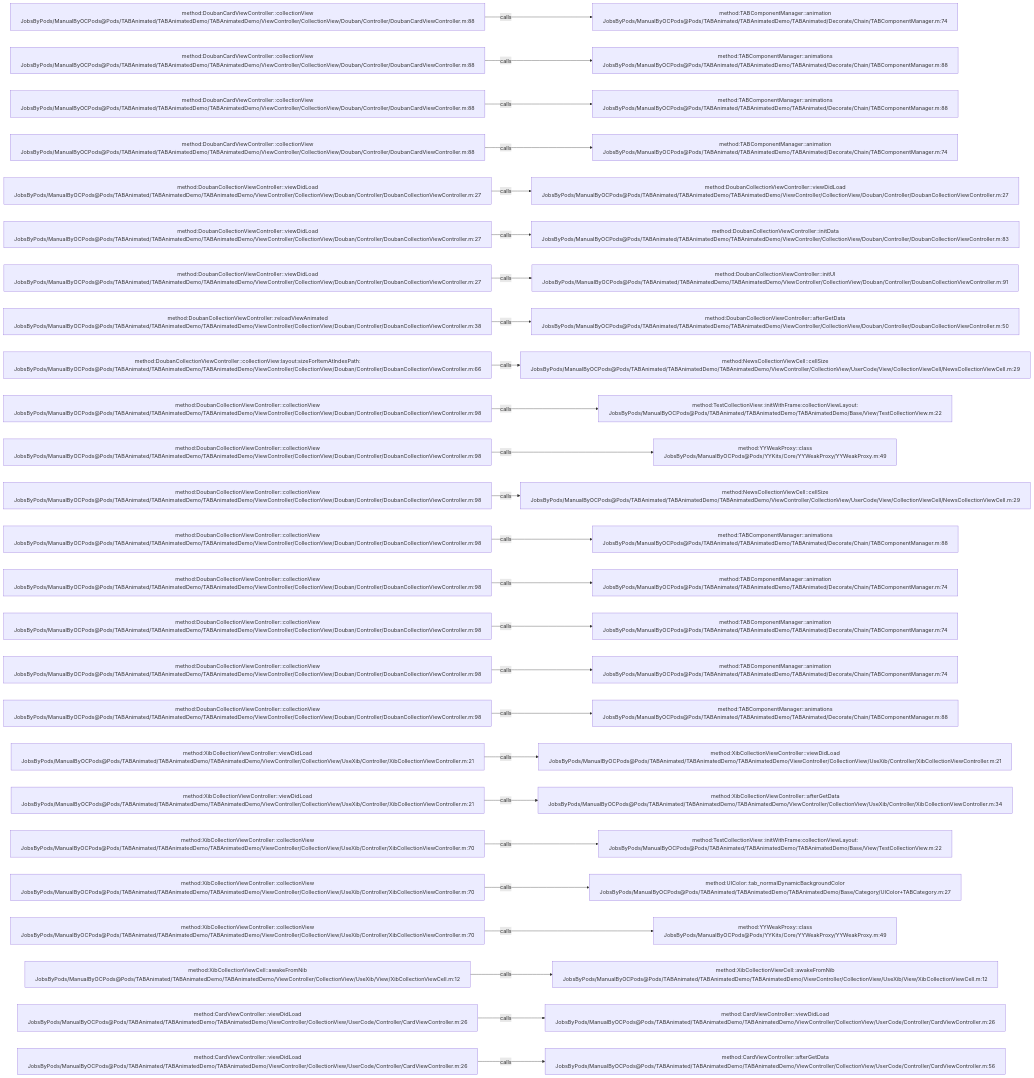
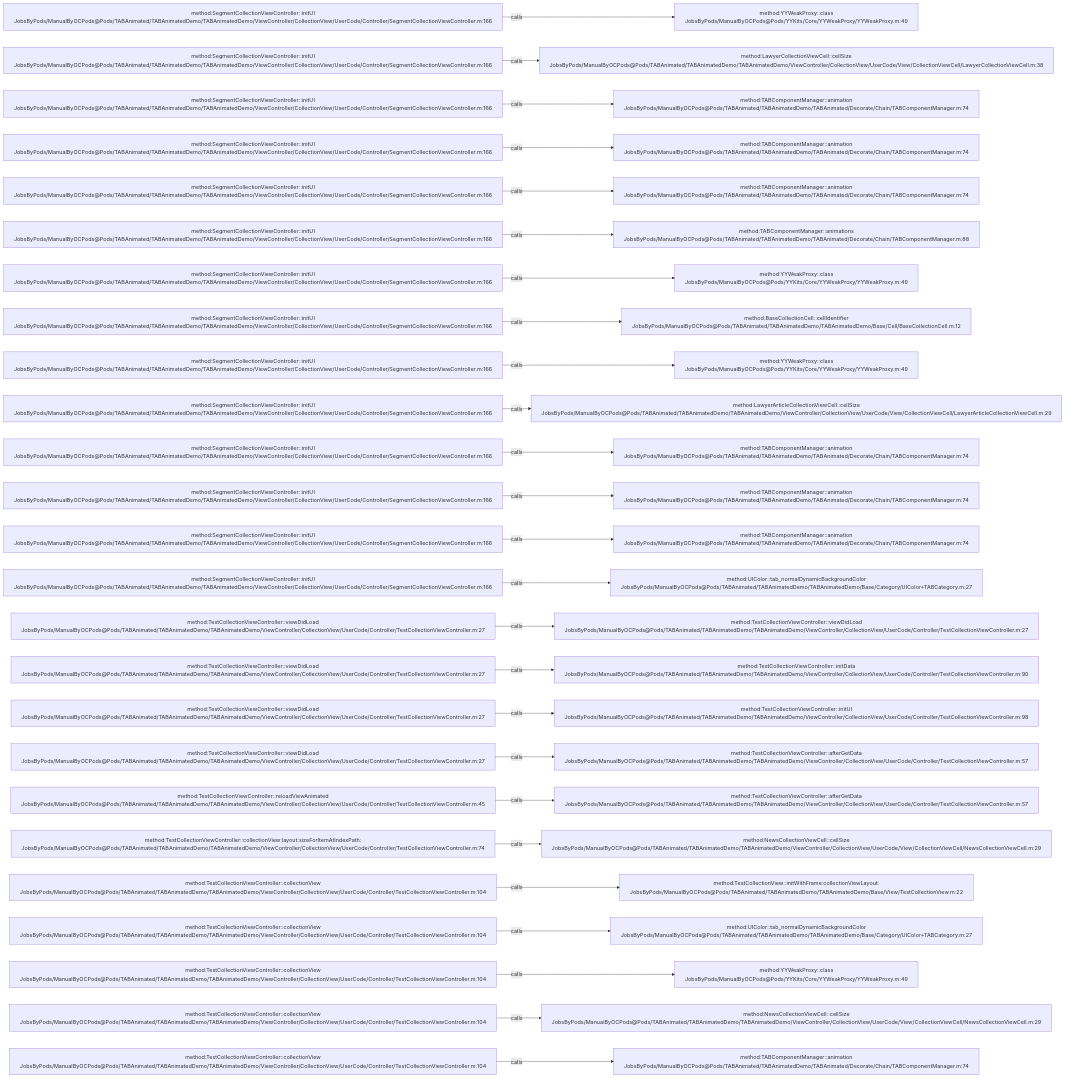
The diagram in .codegraph/codegraph.md/graphs/calls-050.md (JobsKits/JobsOCBaseConfigDemo), drawn with Mermaid before and after one commit. The commit also changed 1353 other files, not shown here.

````diff
--- a/.codegraph/codegraph.md/graphs/calls-050.md
+++ b/.codegraph/codegraph.md/graphs/calls-050.md
@@ -13,78 +13,78 @@
 ```mermaid
 flowchart LR
-  S1["method:DoubanCardViewController::collectionView<br/>JobsByPods/ManualByOCPods@Pods/TABAnimated/TABAnimatedDemo/TABAnimatedDemo/ViewController/CollectionView/Douban/Controller/DoubanCardViewController.m:88"]
-  T1["method:TABComponentManager::animation<br/>JobsByPods/ManualByOCPods@Pods/TABAnimated/TABAnimatedDemo/TABAnimated/Decorate/Chain/TABComponentManager.m:74"]
+  S1["method:SegmentCollectionViewController::initUI<br/>JobsByPods/ManualByOCPods@Pods/TABAnimated/TABAnimatedDemo/TABAnimatedDemo/ViewController/CollectionView/UserCode/Controller/SegmentCollectionViewController.m:166"]
+  T1["method:YYWeakProxy::class<br/>JobsByPods/ManualByOCPods@Pods/YYKits/Core/YYWeakProxy/YYWeakProxy.m:49"]
   S1 -->|calls| T1
-  S2["method:DoubanCardViewController::collectionView<br/>JobsByPods/ManualByOCPods@Pods/TABAnimated/TABAnimatedDemo/TABAnimatedDemo/ViewController/CollectionView/Douban/Controller/DoubanCardViewController.m:88"]
-  T2["method:TABComponentManager::animations<br/>JobsByPods/ManualByOCPods@Pods/TABAnimated/TABAnimatedDemo/TABAnimated/Decorate/Chain/TABComponentManager.m:88"]
+  S2["method:SegmentCollectionViewController::initUI<br/>JobsByPods/ManualByOCPods@Pods/TABAnimated/TABAnimatedDemo/TABAnimatedDemo/ViewController/CollectionView/UserCode/Controller/SegmentCollectionViewController.m:166"]
+  T2["method:LawyerCollectionViewCell::cellSize<br/>JobsByPods/ManualByOCPods@Pods/TABAnimated/TABAnimatedDemo/TABAnimatedDemo/ViewController/CollectionView/UserCode/View/CollectionViewCell/LawyerCollectionViewCell.m:38"]
   S2 -->|calls| T2
-  S3["method:DoubanCardViewController::collectionView<br/>JobsByPods/ManualByOCPods@Pods/TABAnimated/TABAnimatedDemo/TABAnimatedDemo/ViewController/CollectionView/Douban/Controller/DoubanCardViewController.m:88"]
-  T3["method:TABComponentManager::animations<br/>JobsByPods/ManualByOCPods@Pods/TABAnimated/TABAnimatedDemo/TABAnimated/Decorate/Chain/TABComponentManager.m:88"]
+  S3["method:SegmentCollectionViewController::initUI<br/>JobsByPods/ManualByOCPods@Pods/TABAnimated/TABAnimatedDemo/TABAnimatedDemo/ViewController/CollectionView/UserCode/Controller/SegmentCollectionViewController.m:166"]
+  T3["method:TABComponentManager::animation<br/>JobsByPods/ManualByOCPods@Pods/TABAnimated/TABAnimatedDemo/TABAnimated/Decorate/Chain/TABComponentManager.m:74"]
   S3 -->|calls| T3
-  S4["method:DoubanCardViewController::collectionView<br/>JobsByPods/ManualByOCPods@Pods/TABAnimated/TABAnimatedDemo/TABAnimatedDemo/ViewController/CollectionView/Douban/Controller/DoubanCardViewController.m:88"]
+  S4["method:SegmentCollectionViewController::initUI<br/>JobsByPods/ManualByOCPods@Pods/TABAnimated/TABAnimatedDemo/TABAnimatedDemo/ViewController/CollectionView/UserCode/Controller/SegmentCollectionViewController.m:166"]
   T4["method:TABComponentManager::animation<br/>JobsByPods/ManualByOCPods@Pods/TABAnimated/TABAnimatedDemo/TABAnimated/Decorate/Chain/TABComponentManager.m:74"]
   S4 -->|calls| T4
-  S5["method:DoubanCollectionViewController::viewDidLoad<br/>JobsByPods/ManualByOCPods@Pods/TABAnimated/TABAnimatedDemo/TABAnimatedDemo/ViewController/CollectionView/Douban/Controller/DoubanCollectionViewController.m:27"]
-  T5["method:DoubanCollectionViewController::viewDidLoad<br/>JobsByPods/ManualByOCPods@Pods/TABAnimated/TABAnimatedDemo/TABAnimatedDemo/ViewController/CollectionView/Douban/Controller/DoubanCollectionViewController.m:27"]
+  S5["method:SegmentCollectionViewController::initUI<br/>JobsByPods/ManualByOCPods@Pods/TABAnimated/TABAnimatedDemo/TABAnimatedDemo/ViewController/CollectionView/UserCode/Controller/SegmentCollectionViewController.m:166"]
+  T5["method:TABComponentManager::animation<br/>JobsByPods/ManualByOCPods@Pods/TABAnimated/TABAnimatedDemo/TABAnimated/Decorate/Chain/TABComponentManager.m:74"]
   S5 -->|calls| T5
-  S6["method:DoubanCollectionViewController::viewDidLoad<br/>JobsByPods/ManualByOCPods@Pods/TABAnimated/TABAnimatedDemo/TABAnimatedDemo/ViewController/CollectionView/Douban/Controller/DoubanCollectionViewController.m:27"]
-  T6["method:DoubanCollectionViewController::initData<br/>JobsByPods/ManualByOCPods@Pods/TABAnimated/TABAnimatedDemo/TABAnimatedDemo/ViewController/CollectionView/Douban/Controller/DoubanCollectionViewController.m:83"]
+  S6["method:SegmentCollectionViewController::initUI<br/>JobsByPods/ManualByOCPods@Pods/TABAnimated/TABAnimatedDemo/TABAnimatedDemo/ViewController/CollectionView/UserCode/Controller/SegmentCollectionViewController.m:166"]
+  T6["method:TABComponentManager::animations<br/>JobsByPods/ManualByOCPods@Pods/TABAnimated/TABAnimatedDemo/TABAnimated/Decorate/Chain/TABComponentManager.m:88"]
   S6 -->|calls| T6
-  S7["method:DoubanCollectionViewController::viewDidLoad<br/>JobsByPods/ManualByOCPods@Pods/TABAnimated/TABAnimatedDemo/TABAnimatedDemo/ViewController/CollectionView/Douban/Controller/DoubanCollectionViewController.m:27"]
-  T7["method:DoubanCollectionViewController::initUI<br/>JobsByPods/ManualByOCPods@Pods/TABAnimated/TABAnimatedDemo/TABAnimatedDemo/ViewController/CollectionView/Douban/Controller/DoubanCollectionViewController.m:91"]
+  S7["method:SegmentCollectionViewController::initUI<br/>JobsByPods/ManualByOCPods@Pods/TABAnimated/TABAnimatedDemo/TABAnimatedDemo/ViewController/CollectionView/UserCode/Controller/SegmentCollectionViewController.m:166"]
+  T7["method:YYWeakProxy::class<br/>JobsByPods/ManualByOCPods@Pods/YYKits/Core/YYWeakProxy/YYWeakProxy.m:49"]
   S7 -->|calls| T7
-  S8["method:DoubanCollectionViewController::reloadViewAnimated<br/>JobsByPods/ManualByOCPods@Pods/TABAnimated/TABAnimatedDemo/TABAnimatedDemo/ViewController/CollectionView/Douban/Controller/DoubanCollectionViewController.m:38"]
-  T8["method:DoubanCollectionViewController::afterGetData<br/>JobsByPods/ManualByOCPods@Pods/TABAnimated/TABAnimatedDemo/TABAnimatedDemo/ViewController/CollectionView/Douban/Controller/DoubanCollectionViewController.m:50"]
+  S8["method:SegmentCollectionViewController::initUI<br/>JobsByPods/ManualByOCPods@Pods/TABAnimated/TABAnimatedDemo/TABAnimatedDemo/ViewController/CollectionView/UserCode/Controller/SegmentCollectionViewController.m:166"]
+  T8["method:BaseCollectionCell::cellIdentifier<br/>JobsByPods/ManualByOCPods@Pods/TABAnimated/TABAnimatedDemo/TABAnimatedDemo/Base/Cell/BaseCollectionCell.m:12"]
   S8 -->|calls| T8
-  S9["method:DoubanCollectionViewController::collectionView:layout:sizeForItemAtIndexPath:<br/>JobsByPods/ManualByOCPods@Pods/TABAnimated/TABAnimatedDemo/TABAnimatedDemo/ViewController/CollectionView/Douban/Controller/DoubanCollectionViewController.m:66"]
-  T9["method:NewsCollectionViewCell::cellSize<br/>JobsByPods/ManualByOCPods@Pods/TABAnimated/TABAnimatedDemo/TABAnimatedDemo/ViewController/CollectionView/UserCode/View/CollectionViewCell/NewsCollectionViewCell.m:29"]
+  S9["method:SegmentCollectionViewController::initUI<br/>JobsByPods/ManualByOCPods@Pods/TABAnimated/TABAnimatedDemo/TABAnimatedDemo/ViewController/CollectionView/UserCode/Controller/SegmentCollectionViewController.m:166"]
+  T9["method:YYWeakProxy::class<br/>JobsByPods/ManualByOCPods@Pods/YYKits/Core/YYWeakProxy/YYWeakProxy.m:49"]
   S9 -->|calls| T9
-  S10["method:DoubanCollectionViewController::collectionView<br/>JobsByPods/ManualByOCPods@Pods/TABAnimated/TABAnimatedDemo/TABAnimatedDemo/ViewController/CollectionView/Douban/Controller/DoubanCollectionViewController.m:98"]
-  T10["method:TestCollectionView::initWithFrame:collectionViewLayout:<br/>JobsByPods/ManualByOCPods@Pods/TABAnimated/TABAnimatedDemo/TABAnimatedDemo/Base/View/TestCollectionView.m:22"]
+  S10["method:SegmentCollectionViewController::initUI<br/>JobsByPods/ManualByOCPods@Pods/TABAnimated/TABAnimatedDemo/TABAnimatedDemo/ViewController/CollectionView/UserCode/Controller/SegmentCollectionViewController.m:166"]
+  T10["method:LawyerArticleCollectionViewCell::cellSize<br/>JobsByPods/ManualByOCPods@Pods/TABAnimated/TABAnimatedDemo/TABAnimatedDemo/ViewController/CollectionView/UserCode/View/CollectionViewCell/LawyerArticleCollectionViewCell.m:29"]
   S10 -->|calls| T10
-  S11["method:DoubanCollectionViewController::collectionView<br/>JobsByPods/ManualByOCPods@Pods/TABAnimated/TABAnimatedDemo/TABAnimatedDemo/ViewController/CollectionView/Douban/Controller/DoubanCollectionViewController.m:98"]
-  T11["method:YYWeakProxy::class<br/>JobsByPods/ManualByOCPods@Pods/YYKits/Core/YYWeakProxy/YYWeakProxy.m:49"]
+  S11["method:SegmentCollectionViewController::initUI<br/>JobsByPods/ManualByOCPods@Pods/TABAnimated/TABAnimatedDemo/TABAnimatedDemo/ViewController/CollectionView/UserCode/Controller/SegmentCollectionViewController.m:166"]
+  T11["method:TABComponentManager::animation<br/>JobsByPods/ManualByOCPods@Pods/TABAnimated/TABAnimatedDemo/TABAnimated/Decorate/Chain/TABComponentManager.m:74"]
   S11 -->|calls| T11
-  S12["method:DoubanCollectionViewController::collectionView<br/>JobsByPods/ManualByOCPods@Pods/TABAnimated/TABAnimatedDemo/TABAnimatedDemo/ViewController/CollectionView/Douban/Controller/DoubanCollectionViewController.m:98"]
-  T12["method:NewsCollectionViewCell::cellSize<br/>JobsByPods/ManualByOCPods@Pods/TABAnimated/TABAnimatedDemo/TABAnimatedDemo/ViewController/CollectionView/UserCode/View/CollectionViewCell/NewsCollectionViewCell.m:29"]
+  S12["method:SegmentCollectionViewController::initUI<br/>JobsByPods/ManualByOCPods@Pods/TABAnimated/TABAnimatedDemo/TABAnimatedDemo/ViewController/CollectionView/UserCode/Controller/SegmentCollectionViewController.m:166"]
+  T12["method:TABComponentManager::animation<br/>JobsByPods/ManualByOCPods@Pods/TABAnimated/TABAnimatedDemo/TABAnimated/Decorate/Chain/TABComponentManager.m:74"]
   S12 -->|calls| T12
-  S13["method:DoubanCollectionViewController::collectionView<br/>JobsByPods/ManualByOCPods@Pods/TABAnimated/TABAnimatedDemo/TABAnimatedDemo/ViewController/CollectionView/Douban/Controller/DoubanCollectionViewController.m:98"]
-  T13["method:TABComponentManager::animations<br/>JobsByPods/ManualByOCPods@Pods/TABAnimated/TABAnimatedDemo/TABAnimated/Decorate/Chain/TABComponentManager.m:88"]
+  S13["method:SegmentCollectionViewController::initUI<br/>JobsByPods/ManualByOCPods@Pods/TABAnimated/TABAnimatedDemo/TABAnimatedDemo/ViewController/CollectionView/UserCode/Controller/SegmentCollectionViewController.m:166"]
+  T13["method:TABComponentManager::animation<br/>JobsByPods/ManualByOCPods@Pods/TABAnimated/TABAnimatedDemo/TABAnimated/Decorate/Chain/TABComponentManager.m:74"]
   S13 -->|calls| T13
-  S14["method:DoubanCollectionViewController::collectionView<br/>JobsByPods/ManualByOCPods@Pods/TABAnimated/TABAnimatedDemo/TABAnimatedDemo/ViewController/CollectionView/Douban/Controller/DoubanCollectionViewController.m:98"]
-  T14["method:TABComponentManager::animation<br/>JobsByPods/ManualByOCPods@Pods/TABAnimated/TABAnimatedDemo/TABAnimated/Decorate/Chain/TABComponentManager.m:74"]
+  S14["method:SegmentCollectionViewController::initUI<br/>JobsByPods/ManualByOCPods@Pods/TABAnimated/TABAnimatedDemo/TABAnimatedDemo/ViewController/CollectionView/UserCode/Controller/SegmentCollectionViewController.m:166"]
+  T14["method:UIColor::tab_normalDynamicBackgroundColor<br/>JobsByPods/ManualByOCPods@Pods/TABAnimated/TABAnimatedDemo/TABAnimatedDemo/Base/Category/UIColor+TABCategory.m:27"]
   S14 -->|calls| T14
-  S15["method:DoubanCollectionViewController::collectionView<br/>JobsByPods/ManualByOCPods@Pods/TABAnimated/TABAnimatedDemo/TABAnimatedDemo/ViewController/CollectionView/Douban/Controller/DoubanCollectionViewController.m:98"]
-  T15["method:TABComponentManager::animation<br/>JobsByPods/ManualByOCPods@Pods/TABAnimated/TABAnimatedDemo/TABAnimated/Decorate/Chain/TABComponentManager.m:74"]
+  S15["method:TestCollectionViewController::viewDidLoad<br/>JobsByPods/ManualByOCPods@Pods/TABAnimated/TABAnimatedDemo/TABAnimatedDemo/ViewController/CollectionView/UserCode/Controller/TestCollectionViewController.m:27"]
+  T15["method:TestCollectionViewController::viewDidLoad<br/>JobsByPods/ManualByOCPods@Pods/TABAnimated/TABAnimatedDemo/TABAnimatedDemo/ViewController/CollectionView/UserCode/Controller/TestCollectionViewController.m:27"]
   S15 -->|calls| T15
-  S16["method:DoubanCollectionViewController::collectionView<br/>JobsByPods/ManualByOCPods@Pods/TABAnimated/TABAnimatedDemo/TABAnimatedDemo/ViewController/CollectionView/Douban/Controller/DoubanCollectionViewController.m:98"]
-  T16["method:TABComponentManager::animation<br/>JobsByPods/ManualByOCPods@Pods/TABAnimated/TABAnimatedDemo/TABAnimated/Decorate/Chain/TABComponentManager.m:74"]
+  S16["method:TestCollectionViewController::viewDidLoad<br/>JobsByPods/ManualByOCPods@Pods/TABAnimated/TABAnimatedDemo/TABAnimatedDemo/ViewController/CollectionView/UserCode/Controller/TestCollectionViewController.m:27"]
+  T16["method:TestCollectionViewController::initData<br/>JobsByPods/ManualByOCPods@Pods/TABAnimated/TABAnimatedDemo/TABAnimatedDemo/ViewController/CollectionView/UserCode/Controller/TestCollectionViewController.m:90"]
   S16 -->|calls| T16
-  S17["method:DoubanCollectionViewController::collectionView<br/>JobsByPods/ManualByOCPods@Pods/TABAnimated/TABAnimatedDemo/TABAnimatedDemo/ViewController/CollectionView/Douban/Controller/DoubanCollectionViewController.m:98"]
-  T17["method:TABComponentManager::animations<br/>JobsByPods/ManualByOCPods@Pods/TABAnimated/TABAnimatedDemo/TABAnimated/Decorate/Chain/TABComponentManager.m:88"]
+  S17["method:TestCollectionViewController::viewDidLoad<br/>JobsByPods/ManualByOCPods@Pods/TABAnimated/TABAnimatedDemo/TABAnimatedDemo/ViewController/CollectionView/UserCode/Controller/TestCollectionViewController.m:27"]
+  T17["method:TestCollectionViewController::initUI<br/>JobsByPods/ManualByOCPods@Pods/TABAnimated/TABAnimatedDemo/TABAnimatedDemo/ViewController/CollectionView/UserCode/Controller/TestCollectionViewController.m:98"]
   S17 -->|calls| T17
-  S18["method:XibCollectionViewController::viewDidLoad<br/>JobsByPods/ManualByOCPods@Pods/TABAnimated/TABAnimatedDemo/TABAnimatedDemo/ViewController/CollectionView/UseXib/Controller/XibCollectionViewController.m:21"]
-  T18["method:XibCollectionViewController::viewDidLoad<br/>JobsByPods/ManualByOCPods@Pods/TABAnimated/TABAnimatedDemo/TABAnimatedDemo/ViewController/CollectionView/UseXib/Controller/XibCollectionViewController.m:21"]
+  S18["method:TestCollectionViewController::viewDidLoad<br/>JobsByPods/ManualByOCPods@Pods/TABAnimated/TABAnimatedDemo/TABAnimatedDemo/ViewController/CollectionView/UserCode/Controller/TestCollectionViewController.m:27"]
+  T18["method:TestCollectionViewController::afterGetData<br/>JobsByPods/ManualByOCPods@Pods/TABAnimated/TABAnimatedDemo/TABAnimatedDemo/ViewController/CollectionView/UserCode/Controller/TestCollectionViewController.m:57"]
   S18 -->|calls| T18
-  S19["method:XibCollectionViewController::viewDidLoad<br/>JobsByPods/ManualByOCPods@Pods/TABAnimated/TABAnimatedDemo/TABAnimatedDemo/ViewController/CollectionView/UseXib/Controller/XibCollectionViewController.m:21"]
-  T19["method:XibCollectionViewController::afterGetData<br/>JobsByPods/ManualByOCPods@Pods/TABAnimated/TABAnimatedDemo/TABAnimatedDemo/ViewController/CollectionView/UseXib/Controller/XibCollectionViewController.m:34"]
+  S19["method:TestCollectionViewController::reloadViewAnimated<br/>JobsByPods/ManualByOCPods@Pods/TABAnimated/TABAnimatedDemo/TABAnimatedDemo/ViewController/CollectionView/UserCode/Controller/TestCollectionViewController.m:45"]
+  T19["method:TestCollectionViewController::afterGetData<br/>JobsByPods/ManualByOCPods@Pods/TABAnimated/TABAnimatedDemo/TABAnimatedDemo/ViewController/CollectionView/UserCode/Controller/TestCollectionViewController.m:57"]
   S19 -->|calls| T19
-  S20["method:XibCollectionViewController::collectionView<br/>JobsByPods/ManualByOCPods@Pods/TABAnimated/TABAnimatedDemo/TABAnimatedDemo/ViewController/CollectionView/UseXib/Controller/XibCollectionViewController.m:70"]
-  T20["method:TestCollectionView::initWithFrame:collectionViewLayout:<br/>JobsByPods/ManualByOCPods@Pods/TABAnimated/TABAnimatedDemo/TABAnimatedDemo/Base/View/TestCollectionView.m:22"]
+  S20["method:TestCollectionViewController::collectionView:layout:sizeForItemAtIndexPath:<br/>JobsByPods/ManualByOCPods@Pods/TABAnimated/TABAnimatedDemo/TABAnimatedDemo/ViewController/CollectionView/UserCode/Controller/TestCollectionViewController.m:74"]
+  T20["method:NewsCollectionViewCell::cellSize<br/>JobsByPods/ManualByOCPods@Pods/TABAnimated/TABAnimatedDemo/TABAnimatedDemo/ViewController/CollectionView/UserCode/View/CollectionViewCell/NewsCollectionViewCell.m:29"]
   S20 -->|calls| T20
-  S21["method:XibCollectionViewController::collectionView<br/>JobsByPods/ManualByOCPods@Pods/TABAnimated/TABAnimatedDemo/TABAnimatedDemo/ViewController/CollectionView/UseXib/Controller/XibCollectionViewController.m:70"]
-  T21["method:UIColor::tab_normalDynamicBackgroundColor<br/>JobsByPods/ManualByOCPods@Pods/TABAnimated/TABAnimatedDemo/TABAnimatedDemo/Base/Category/UIColor+TABCategory.m:27"]
+  S21["method:TestCollectionViewController::collectionView<br/>JobsByPods/ManualByOCPods@Pods/TABAnimated/TABAnimatedDemo/TABAnimatedDemo/ViewController/CollectionView/UserCode/Controller/TestCollectionViewController.m:104"]
+  T21["method:TestCollectionView::initWithFrame:collectionViewLayout:<br/>JobsByPods/ManualByOCPods@Pods/TABAnimated/TABAnimatedDemo/TABAnimatedDemo/Base/View/TestCollectionView.m:22"]
   S21 -->|calls| T21
-  S22["method:XibCollectionViewController::collectionView<br/>JobsByPods/ManualByOCPods@Pods/TABAnimated/TABAnimatedDemo/TABAnimatedDemo/ViewController/CollectionView/UseXib/Controller/XibCollectionViewController.m:70"]
-  T22["method:YYWeakProxy::class<br/>JobsByPods/ManualByOCPods@Pods/YYKits/Core/YYWeakProxy/YYWeakProxy.m:49"]
+  S22["method:TestCollectionViewController::collectionView<br/>JobsByPods/ManualByOCPods@Pods/TABAnimated/TABAnimatedDemo/TABAnimatedDemo/ViewController/CollectionView/UserCode/Controller/TestCollectionViewController.m:104"]
+  T22["method:UIColor::tab_normalDynamicBackgroundColor<br/>JobsByPods/ManualByOCPods@Pods/TABAnimated/TABAnimatedDemo/TABAnimatedDemo/Base/Category/UIColor+TABCategory.m:27"]
   S22 -->|calls| T22
-  S23["method:XibCollectionViewCell::awakeFromNib<br/>JobsByPods/ManualByOCPods@Pods/TABAnimated/TABAnimatedDemo/TABAnimatedDemo/ViewController/CollectionView/UseXib/View/XibCollectionViewCell.m:12"]
-  T23["method:XibCollectionViewCell::awakeFromNib<br/>JobsByPods/ManualByOCPods@Pods/TABAnimated/TABAnimatedDemo/TABAnimatedDemo/ViewController/CollectionView/UseXib/View/XibCollectionViewCell.m:12"]
+  S23["method:TestCollectionViewController::collectionView<br/>JobsByPods/ManualByOCPods@Pods/TABAnimated/TABAnimatedDemo/TABAnimatedDemo/ViewController/CollectionView/UserCode/Controller/TestCollectionViewController.m:104"]
+  T23["method:YYWeakProxy::class<br/>JobsByPods/ManualByOCPods@Pods/YYKits/Core/YYWeakProxy/YYWeakProxy.m:49"]
   S23 -->|calls| T23
-  S24["method:CardViewController::viewDidLoad<br/>JobsByPods/ManualByOCPods@Pods/TABAnimated/TABAnimatedDemo/TABAnimatedDemo/ViewController/CollectionView/UserCode/Controller/CardViewController.m:26"]
-  T24["method:CardViewController::viewDidLoad<br/>JobsByPods/ManualByOCPods@Pods/TABAnimated/TABAnimatedDemo/TABAnimatedDemo/ViewController/CollectionView/UserCode/Controller/CardViewController.m:26"]
+  S24["method:TestCollectionViewController::collectionView<br/>JobsByPods/ManualByOCPods@Pods/TABAnimated/TABAnimatedDemo/TABAnimatedDemo/ViewController/CollectionView/UserCode/Controller/TestCollectionViewController.m:104"]
+  T24["method:NewsCollectionViewCell::cellSize<br/>JobsByPods/ManualByOCPods@Pods/TABAnimated/TABAnimatedDemo/TABAnimatedDemo/ViewController/CollectionView/UserCode/View/CollectionViewCell/NewsCollectionViewCell.m:29"]
   S24 -->|calls| T24
-  S25["method:CardViewController::viewDidLoad<br/>JobsByPods/ManualByOCPods@Pods/TABAnimated/TABAnimatedDemo/TABAnimatedDemo/ViewController/CollectionView/UserCode/Controller/CardViewController.m:26"]
-  T25["method:CardViewController::afterGetData<br/>JobsByPods/ManualByOCPods@Pods/TABAnimated/TABAnimatedDemo/TABAnimatedDemo/ViewController/CollectionView/UserCode/Controller/CardViewController.m:56"]
+  S25["method:TestCollectionViewController::collectionView<br/>JobsByPods/ManualByOCPods@Pods/TABAnimated/TABAnimatedDemo/TABAnimatedDemo/ViewController/CollectionView/UserCode/Controller/TestCollectionViewController.m:104"]
+  T25["method:TABComponentManager::animation<br/>JobsByPods/ManualByOCPods@Pods/TABAnimated/TABAnimatedDemo/TABAnimated/Decorate/Chain/TABComponentManager.m:74"]
   S25 -->|calls| T25
 ```
````
